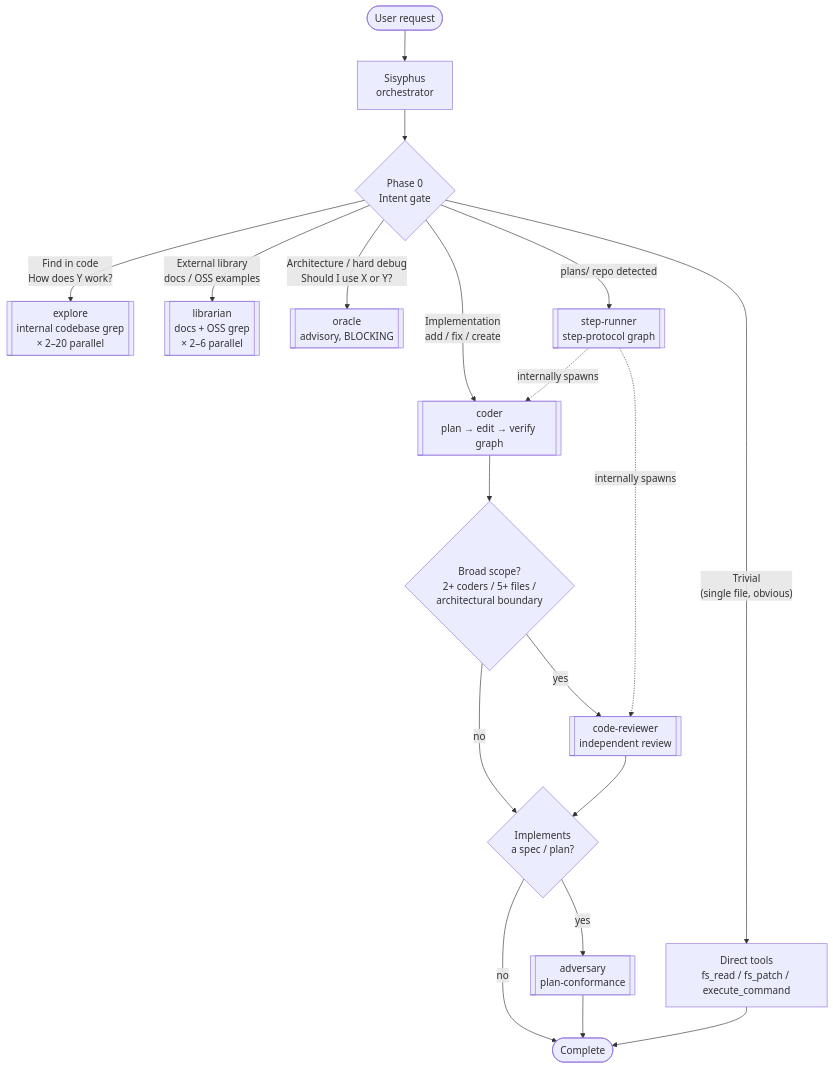
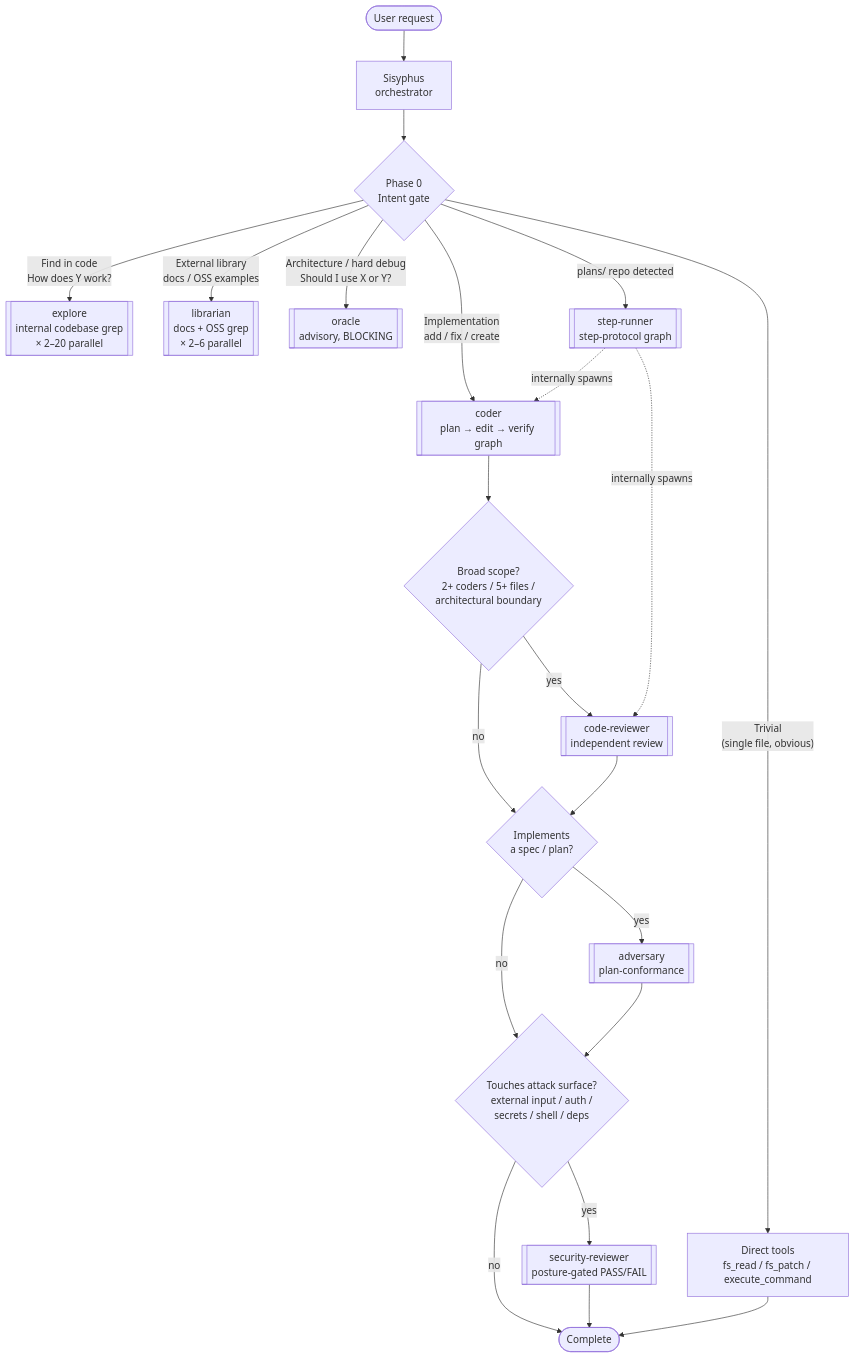
Before and after one commit to Dark-Alex-17/coyote: the diagram in assets/agents/sisyphus/README.md, drawn with Mermaid. The commit also changed other lines of this file and 5 other files, not shown here.

````diff
--- a/assets/agents/sisyphus/README.md
+++ b/assets/agents/sisyphus/README.md
@@ -12,25 +12,28 @@
 ```mermaid
 flowchart TD
     user([User request]) --> sisyphus["Sisyphus<br/>orchestrator"]
     sisyphus --> classify{"Phase 0<br/>Intent gate"}
 
     classify -->|"Trivial<br/>(single file, obvious)"| direct["Direct tools<br/>fs_read / fs_patch / execute_command"]
     classify -->|"Find in code<br/>How does Y work?"| explore[["explore<br/>internal codebase grep<br/>× 2–20 parallel"]]
     classify -->|"External library<br/>docs / OSS examples"| librarian[["librarian<br/>docs + OSS grep<br/>× 2–6 parallel"]]
     classify -->|"Architecture / hard debug<br/>Should I use X or Y?"| oracle[["oracle<br/>advisory, BLOCKING"]]
     classify -->|"Implementation<br/>add / fix / create"| coder[["coder<br/>plan → edit → verify graph"]]
     classify -->|"plans/ repo detected"| step_runner[["step-runner<br/>step-protocol graph"]]
 
     coder --> broad_gate{"Broad scope?<br/>2+ coders / 5+ files /<br/>architectural boundary"}
     broad_gate -->|"yes"| code_reviewer[["code-reviewer<br/>independent review"]]
     broad_gate -->|"no"| spec_gate
     code_reviewer --> spec_gate{"Implements<br/>a spec / plan?"}
     spec_gate -->|"yes"| adversary[["adversary<br/>plan-conformance"]]
-    spec_gate -->|"no"| done
-    adversary --> done
+    spec_gate -->|"no"| sec_gate
+    adversary --> sec_gate{"Touches attack surface?<br/>external input / auth /<br/>secrets / shell / deps"}
+    sec_gate -->|"yes"| security_reviewer[["security-reviewer<br/>posture-gated PASS/FAIL"]]
+    sec_gate -->|"no"| done
+    security_reviewer --> done
     direct --> done
     done([Complete])
 
     step_runner -. "internally spawns" .-> coder
     step_runner -. "internally spawns" .-> code_reviewer
 ```
````
